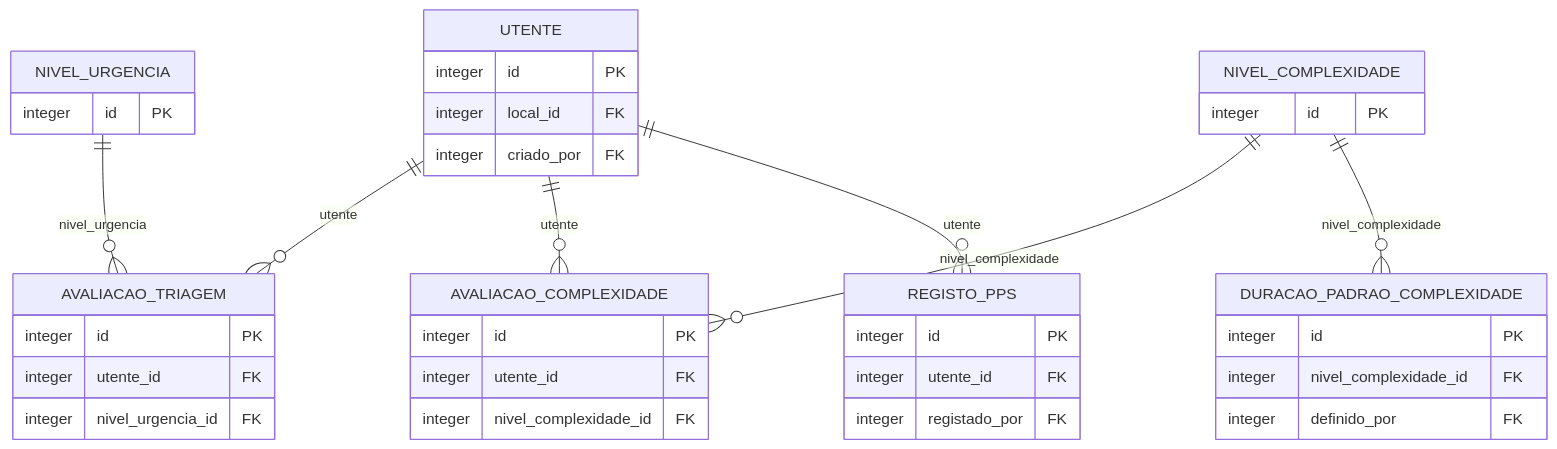
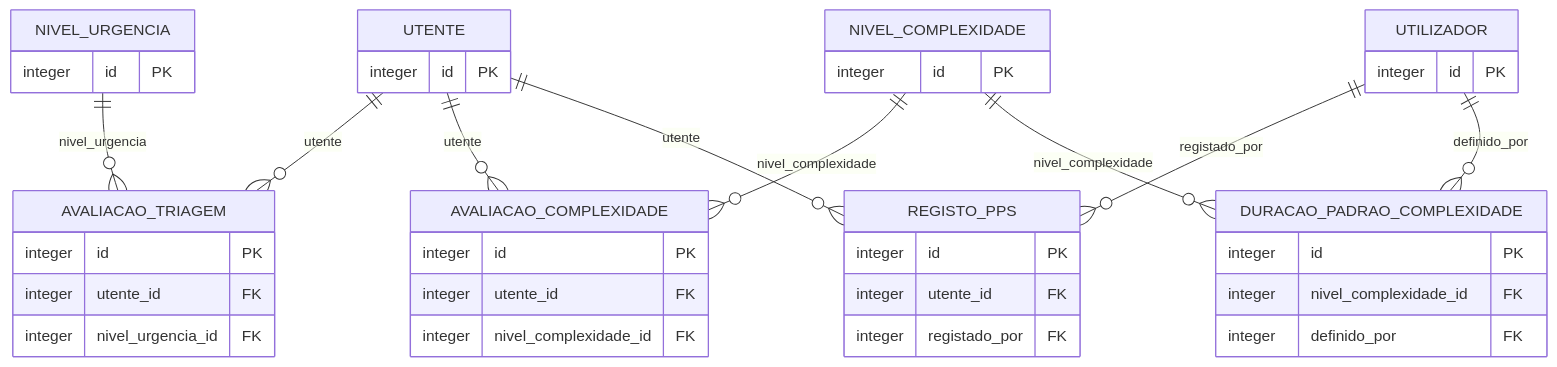
Before and after one commit to SalomaoCunha/ulsba-projeto-final: the seventh of 11 diagrams in docs/modelo-dados.md, drawn with Mermaid. The commit also changed other lines of this file and 1 other file, not shown here.

````diff
--- a/docs/modelo-dados.md
+++ b/docs/modelo-dados.md
@@ -834,40 +844,43 @@
 ```mermaid
 erDiagram
     UTENTE {
         integer id PK
-        integer local_id FK
-        integer criado_por FK
     }
     NIVEL_URGENCIA {
         integer id PK
     }
     AVALIACAO_TRIAGEM {
         integer id PK
         integer utente_id FK
         integer nivel_urgencia_id FK
     }
     NIVEL_COMPLEXIDADE {
         integer id PK
     }
     AVALIACAO_COMPLEXIDADE {
         integer id PK
         integer utente_id FK
         integer nivel_complexidade_id FK
     }
     REGISTO_PPS {
         integer id PK
         integer utente_id FK
         integer registado_por FK
     }
     DURACAO_PADRAO_COMPLEXIDADE {
         integer id PK
         integer nivel_complexidade_id FK
         integer definido_por FK
     }
+    UTILIZADOR {
+        integer id PK
+    }
     UTENTE ||--o{ AVALIACAO_TRIAGEM : "utente"
     NIVEL_URGENCIA ||--o{ AVALIACAO_TRIAGEM : "nivel_urgencia"
     UTENTE ||--o{ AVALIACAO_COMPLEXIDADE : "utente"
     NIVEL_COMPLEXIDADE ||--o{ AVALIACAO_COMPLEXIDADE : "nivel_complexidade"
     UTENTE ||--o{ REGISTO_PPS : "utente"
     NIVEL_COMPLEXIDADE ||--o{ DURACAO_PADRAO_COMPLEXIDADE : "nivel_complexidade"
+    UTILIZADOR ||--o{ REGISTO_PPS : "registado_por"
+    UTILIZADOR ||--o{ DURACAO_PADRAO_COMPLEXIDADE : "definido_por"
 ```
````
